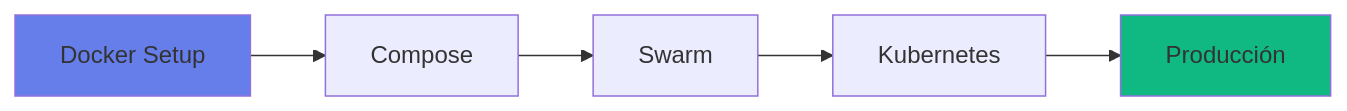
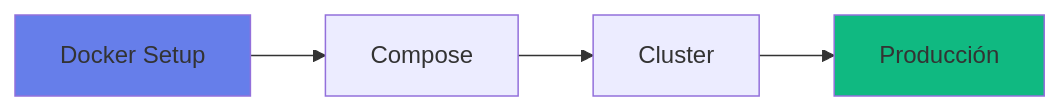
One commit to Pol4720/DistriSearch changed the fifth of 5 diagrams in docs/getting-started/index.md. Above: the diagram before and after it, drawn with Mermaid. The commit also changed other lines of this file and 59 other files, not shown here.

````diff
--- a/docs/getting-started/index.md
+++ b/docs/getting-started/index.md
@@ -304,10 +340,9 @@
 ```mermaid
 graph LR
     A[Docker Setup] --> B[Compose]
-    B --> C[Swarm]
-    C --> D[Kubernetes]
-    D --> E[Producción]
+    B --> C[Cluster]
+    C --> D[Producción]
     
     style A fill:#667eea
-    style E fill:#10b981
+    style D fill:#10b981
 ```
````
